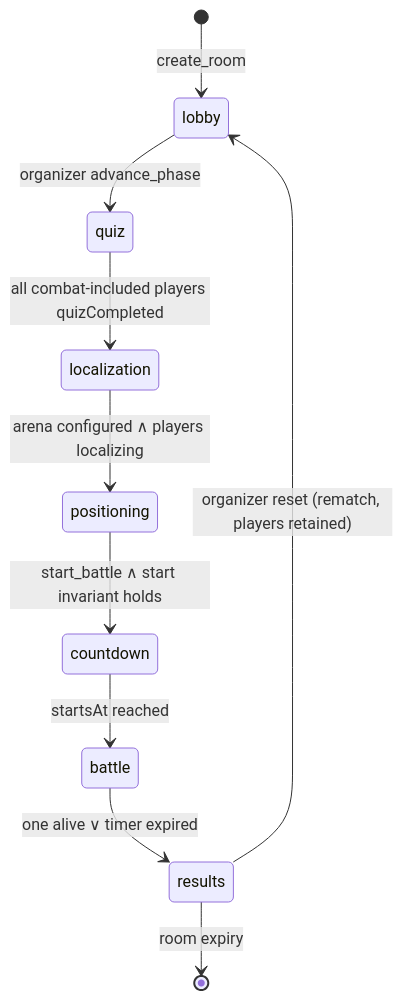
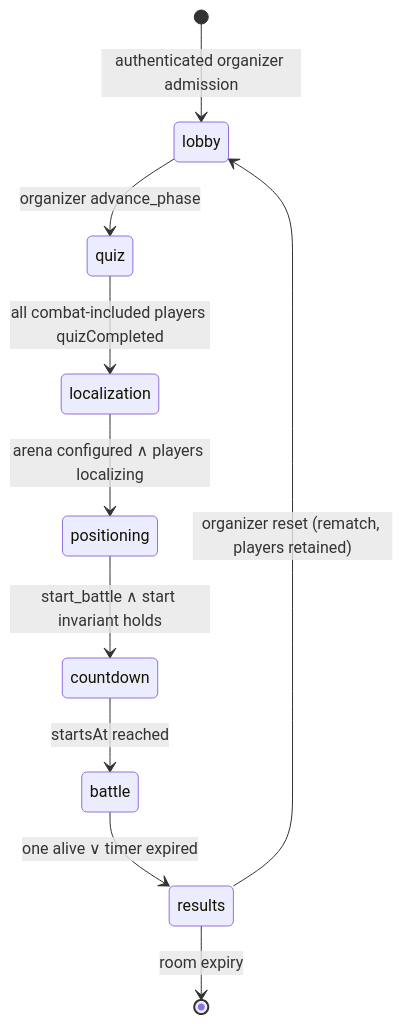
The seventh of 8 diagrams in ARCHITECTURE.md (Vaibtan/CodexWars), drawn with Mermaid before and after one commit. The commit also changed 41 other files, not shown here.

Commit message:
feat: add character flow and realtime API plan

````diff
--- a/ARCHITECTURE.md
+++ b/ARCHITECTURE.md
@@ -215,12 +215,12 @@
 ```mermaid
 stateDiagram-v2
-    [*] --> lobby: create_room
+    [*] --> lobby: authenticated organizer admission
     lobby --> quiz: organizer advance_phase
     quiz --> localization: all combat-included players quizCompleted
     localization --> positioning: arena configured ∧ players localizing
     positioning --> countdown: start_battle ∧ start invariant holds
     countdown --> battle: startsAt reached
     battle --> results: one alive ∨ timer expired
     results --> lobby: organizer reset (rematch, players retained)
     results --> [*]: room expiry
 ```
````
